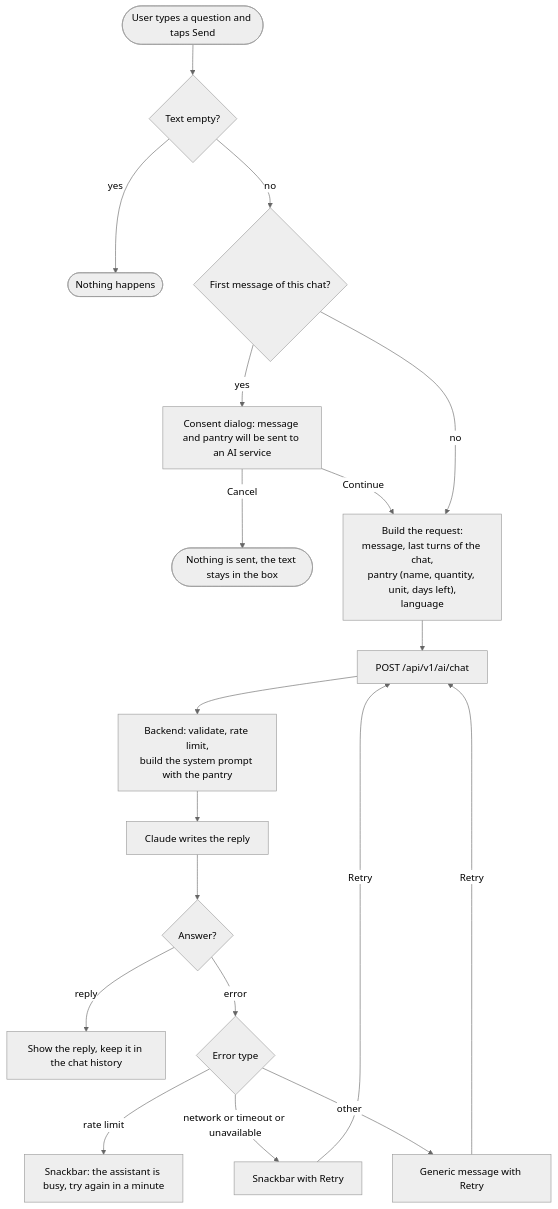
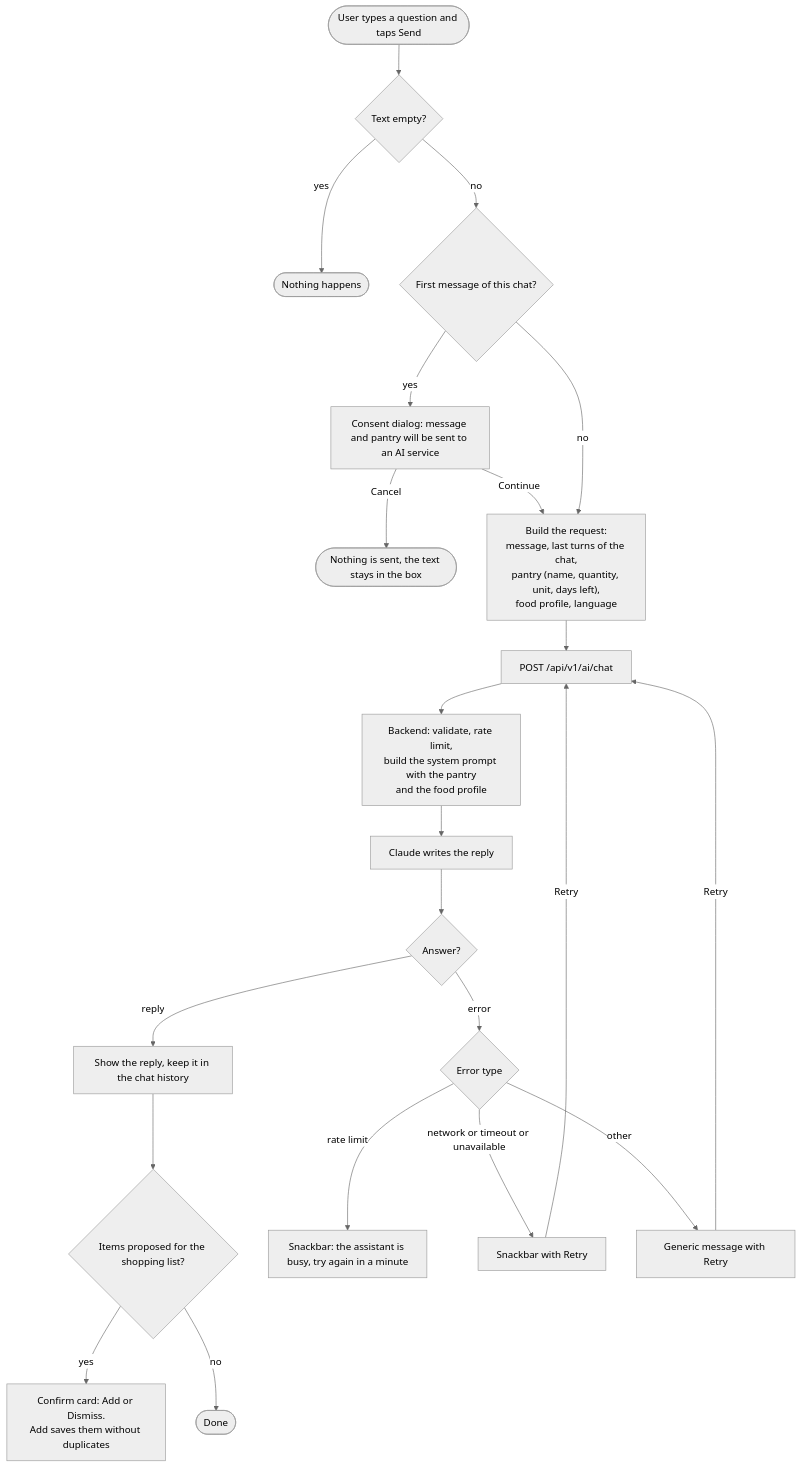
One commit to HZohra/PantryWise-Group-Project changed the diagram in docs/diagrams/src/04-ai-engine-01.mmd. Above: the diagram before and after it, drawn with Mermaid (neutral theme). The commit also changed 28 other files, not shown here.

First line of the commit message:
Update documentation for the food profile PR and show it before the permission dialog

```diff
--- a/docs/diagrams/src/04-ai-engine-01.mmd
+++ b/docs/diagrams/src/04-ai-engine-01.mmd
@@ -1,19 +1,22 @@
 flowchart TD
     start(["User types a question and taps Send"]) --> empty{"Text empty?"}
     empty -->|"yes"| stop1(["Nothing happens"])
     empty -->|"no"| consent{"First message of this chat?"}
     consent -->|"yes"| dialog["Consent dialog: message and pantry will be sent to an AI service"]
     dialog -->|"Cancel"| keep(["Nothing is sent, the text stays in the box"])
     dialog -->|"Continue"| build
-    consent -->|"no"| build["Build the request:<br/>message, last turns of the chat,<br/>pantry (name, quantity, unit, days left),<br/>language"]
+    consent -->|"no"| build["Build the request:<br/>message, last turns of the chat,<br/>pantry (name, quantity, unit, days left),<br/>food profile, language"]
     build --> post["POST /api/v1/ai/chat"]
-    post --> be["Backend: validate, rate limit,<br/>build the system prompt with the pantry"]
+    post --> be["Backend: validate, rate limit,<br/>build the system prompt with the pantry<br/>and the food profile"]
     be --> claude["Claude writes the reply"]
     claude --> ok{"Answer?"}
     ok -->|"reply"| show["Show the reply, keep it in the chat history"]
+    show --> items{"Items proposed for the shopping list?"}
+    items -->|"yes"| card["Confirm card: Add or Dismiss.<br/>Add saves them without duplicates"]
+    items -->|"no"| endok(["Done"])
     ok -->|"error"| err{"Error type"}
     err -->|"rate limit"| snack1["Snackbar: the assistant is busy, try again in a minute"]
     err -->|"network or timeout or unavailable"| snack2["Snackbar with Retry"]
     err -->|"other"| snack3["Generic message with Retry"]
     snack2 -->|"Retry"| post
     snack3 -->|"Retry"| post
```
